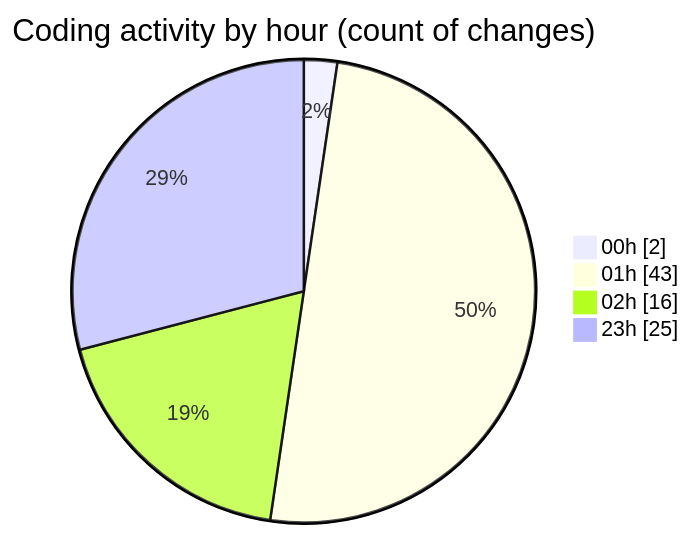
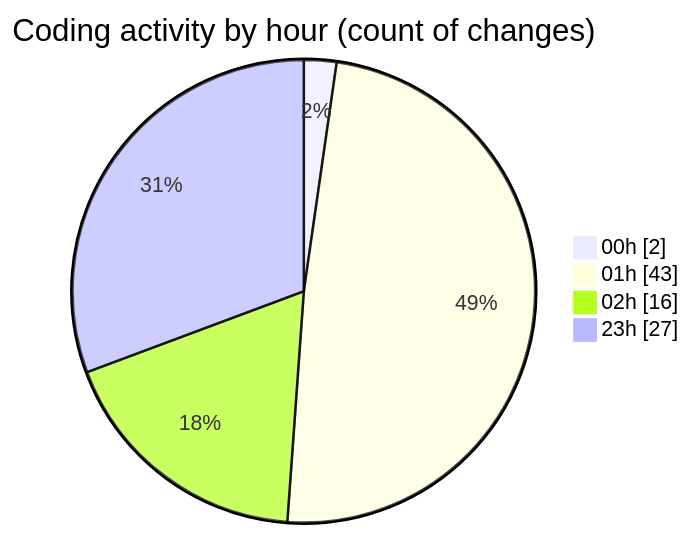
The second of 2 diagrams in 2025-07-16/nhahang/README.md (lephambinh05/code-tracking), drawn with Mermaid before and after one commit. The commit also changed other lines of this file and 1 other file, not shown here.

````diff
--- a/2025-07-16/nhahang/README.md
+++ b/2025-07-16/nhahang/README.md
@@ -59,8 +59,8 @@
 ```mermaid
 pie showData
 title Coding activity by hour (count of changes)
 "00h" : 2
 "01h" : 43
 "02h" : 16
-"23h" : 25
+"23h" : 27
 ```
````
